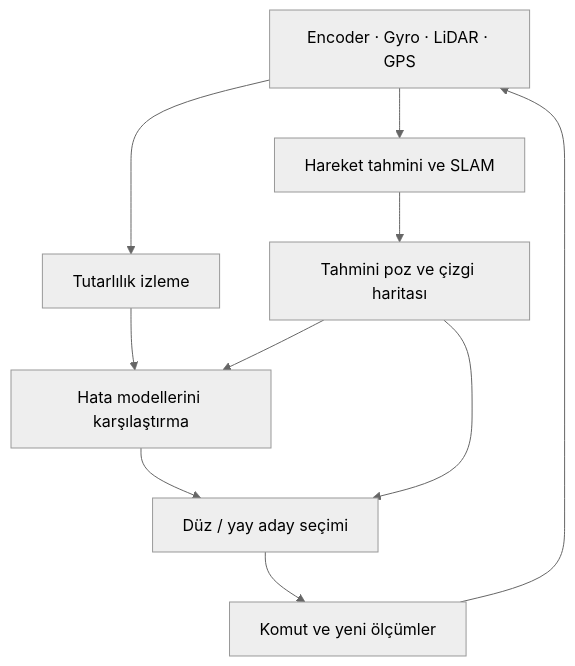
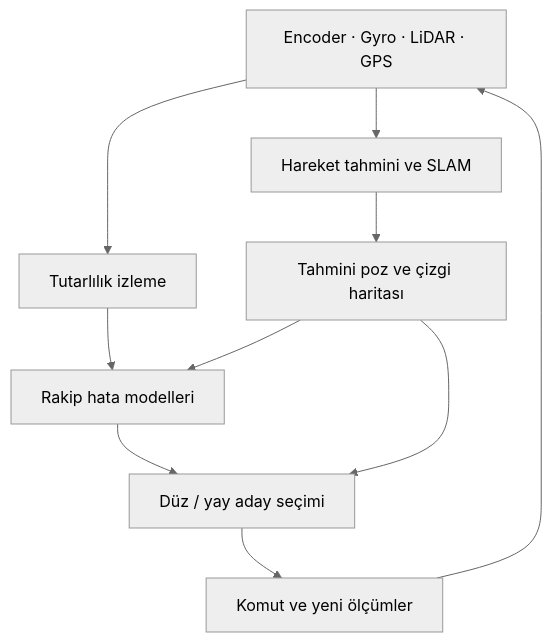
One commit to Sudekobilay/slam-detective changed the diagram in README.md. Above: the diagram before and after it, drawn with Mermaid (neutral theme). The commit also changed other lines of this file, not shown here.

````diff
--- a/README.md
+++ b/README.md
@@ -78,12 +161,12 @@
 ```mermaid
 flowchart TD
     A["Encoder · Gyro · LiDAR · GPS"] --> B["Hareket tahmini ve SLAM"]
     A --> C["Tutarlılık izleme"]
     B --> D["Tahmini poz ve çizgi haritası"]
-    C --> E["Hata modellerini karşılaştırma"]
+    C --> E["Rakip hata modelleri"]
     D --> E
     E --> F["Düz / yay aday seçimi"]
     D --> F
     F --> G["Komut ve yeni ölçümler"]
     G --> A
 ```
````
